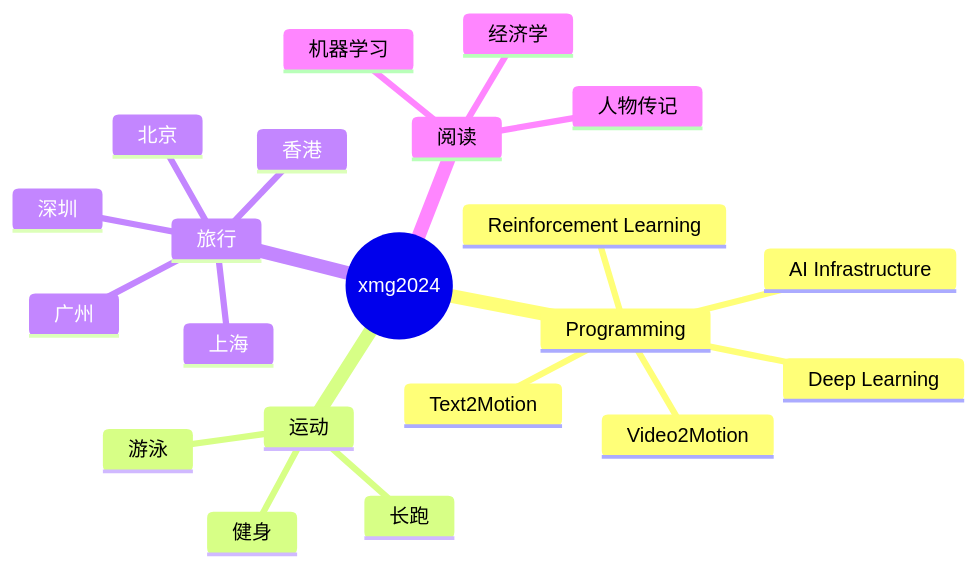
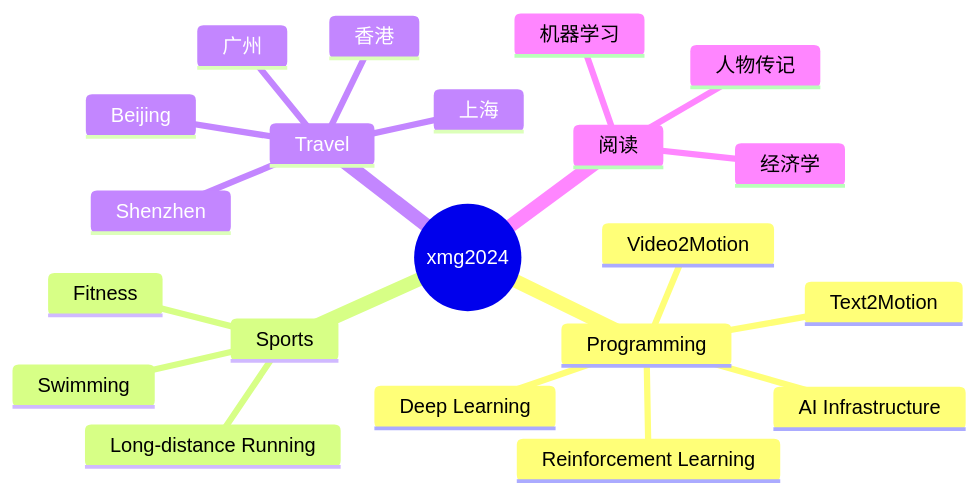
Before and after one commit to xmg2024/xmg2024: the diagram in README.md, drawn with Mermaid.

````diff
--- a/README.md
+++ b/README.md
@@ -51,24 +51,24 @@
 ```mermaid
 mindmap
   root((xmg2024))
     Programming
       Deep Learning
       Reinforcement Learning
       AI Infrastructure
       Text2Motion
       Video2Motion
-    运动
-      长跑
-      游泳
-      健身
-    旅行
-      北京
-      深圳
+    Sports
+      Long-distance Running
+      Swimming
+      Fitness
+    Travel
+      Beijing
+      Shenzhen
       香港
       广州
       上海
     阅读
       人物传记
       机器学习 
       经济学
 ```
````
